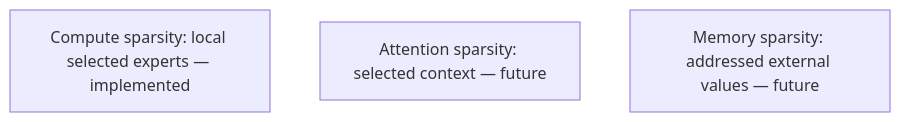
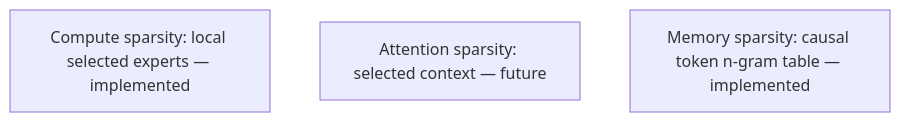
The second of 2 diagrams in docs/architecture.md (supernovae/tiny-sparse-lab), drawn with Mermaid before and after one commit. The commit also changed other lines of this file and 2 other files, not shown here.

Commit message:
Document causal token memory milestone

````diff
--- a/docs/architecture.md
+++ b/docs/architecture.md
@@ -28,6 +34,6 @@
 ```mermaid
 flowchart TB
   compute[Compute sparsity: local selected experts — implemented]
   attention[Attention sparsity: selected context — future]
-  memory[Memory sparsity: addressed external values — future]
+  memory[Memory sparsity: causal token n-gram table — implemented]
 ```
````
